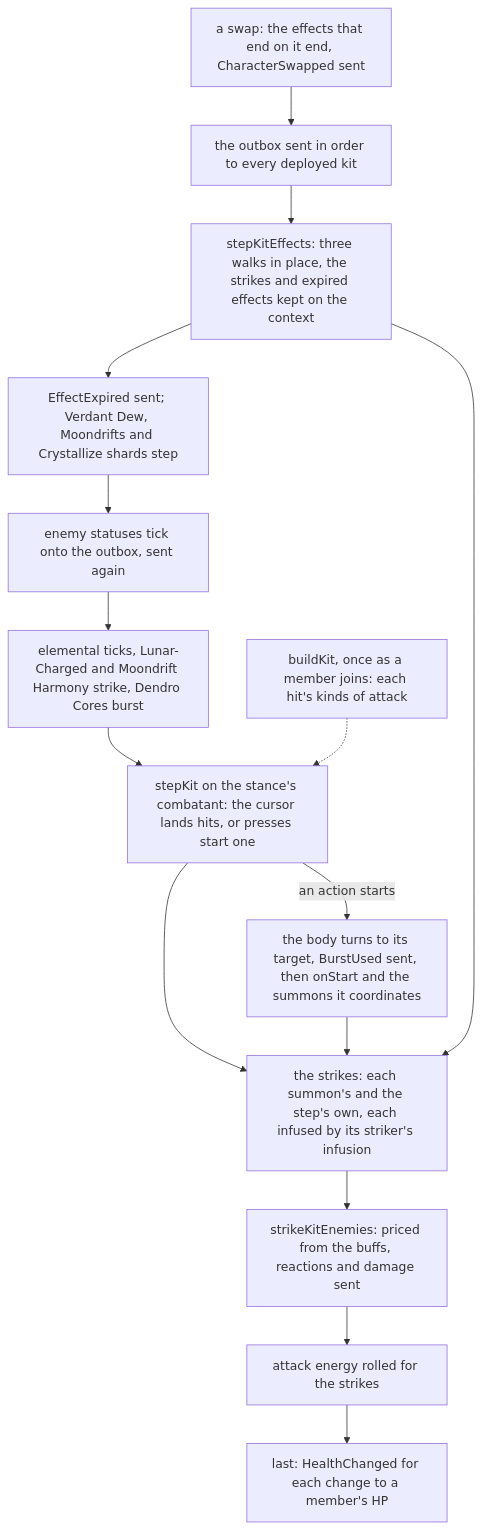
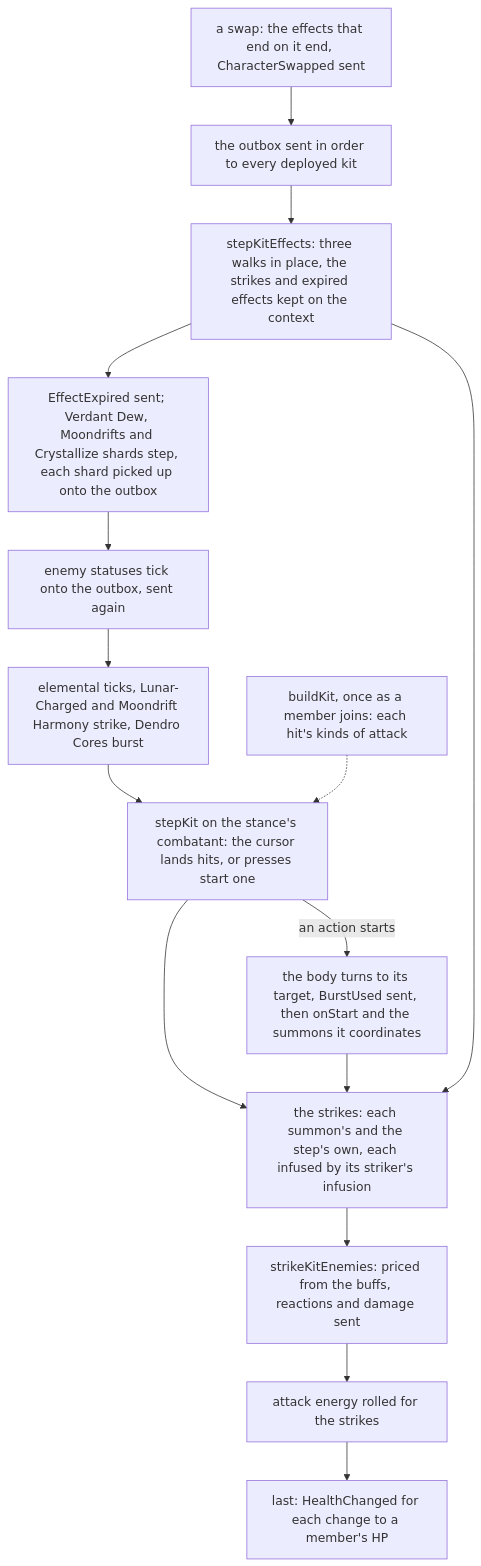
Before and after one commit to Esposter/Esposter: the fifth of 5 diagrams in openspec/specs/genshin/kits/README.md, drawn with Mermaid. The commit also changed other lines of this file and 9 other files, not shown here.

First line of the commit message:
feat(genshin-world): a Crystallize shard picked up is sent to the party's kits

````diff
--- a/openspec/specs/genshin/kits/README.md
+++ b/openspec/specs/genshin/kits/README.md
@@ -268,18 +269,18 @@
 ```mermaid
 flowchart TD
   BUILD["buildKit, once as a member joins: each hit's kinds of attack"]
   SWAP["a swap: the effects that end on it end, CharacterSwapped sent"] --> OUT["the outbox sent in order to every deployed kit"]
   OUT --> EFFECTS["stepKitEffects: three walks in place, the strikes and expired effects kept on the context"]
-  EFFECTS --> PARTY["EffectExpired sent; Verdant Dew, Moondrifts and Crystallize shards step"]
+  EFFECTS --> PARTY["EffectExpired sent; Verdant Dew, Moondrifts and Crystallize shards step, each shard picked up onto the outbox"]
   PARTY --> ENEMIES["enemy statuses tick onto the outbox, sent again"]
   ENEMIES --> REACT["elemental ticks, Lunar-Charged and Moondrift Harmony strike, Dendro Cores burst"]
   REACT --> STEP["stepKit on the stance's combatant: the cursor lands hits, or presses start one"]
   BUILD -.-> STEP
   STEP -->|"an action starts"| START["the body turns to its target, BurstUsed sent, then onStart and the summons it coordinates"]
   STEP --> STRIKES["the strikes: each summon's and the step's own, each infused by its striker's infusion"]
   START --> STRIKES
   EFFECTS --> STRIKES
   STRIKES --> PRICE["strikeKitEnemies: priced from the buffs, reactions and damage sent"]
   PRICE --> ENERGY["attack energy rolled for the strikes"]
   ENERGY --> HEALTH["last: HealthChanged for each change to a member's HP"]
 ```
````
